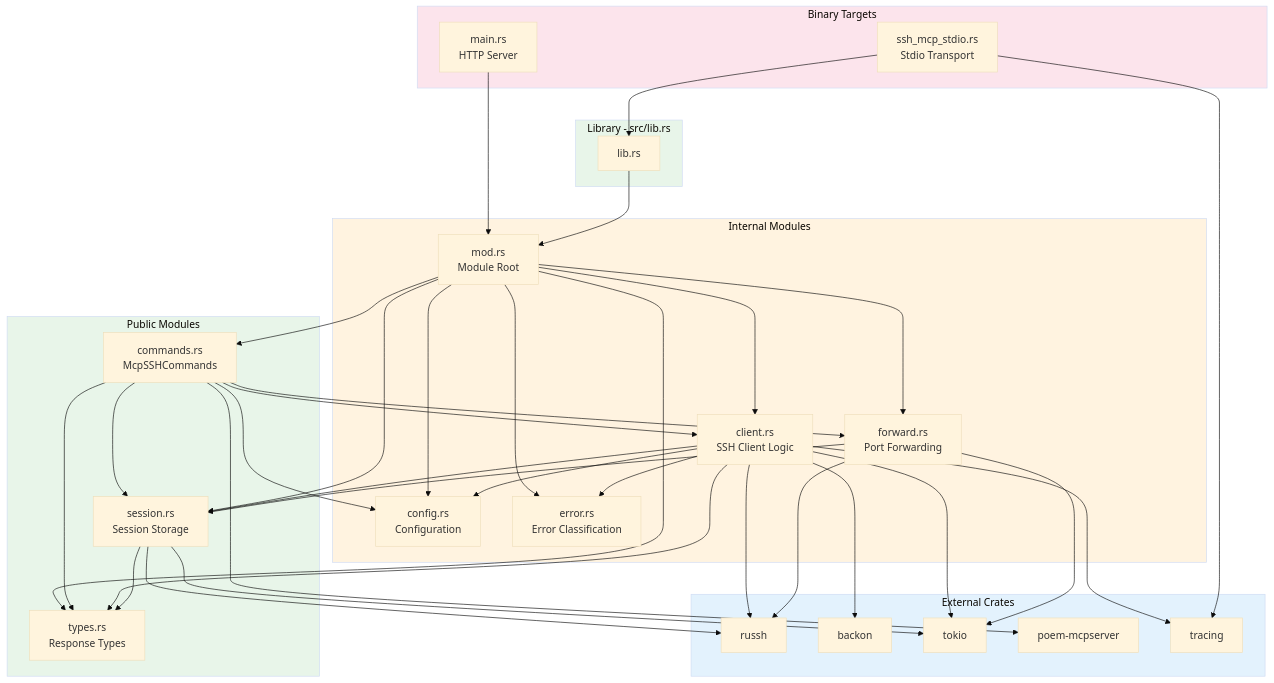
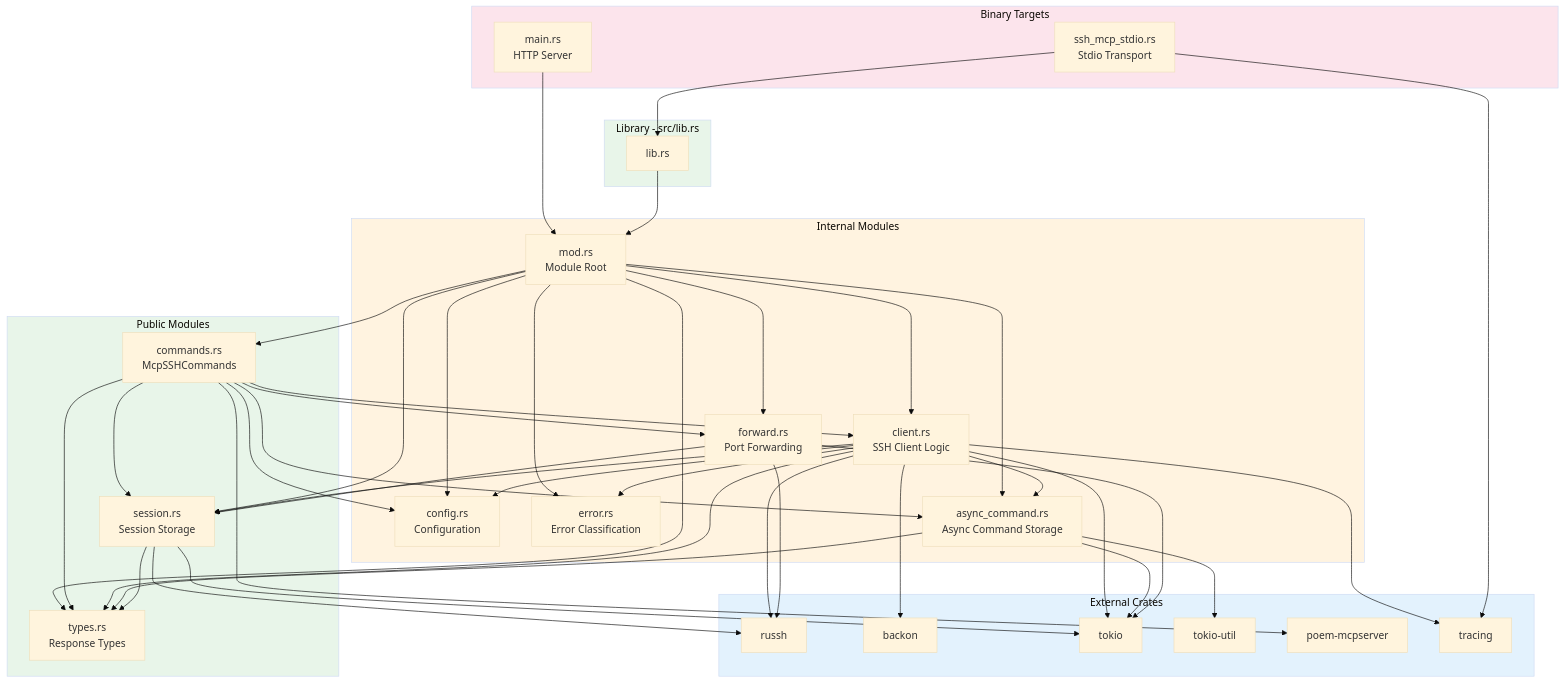
Before and after one commit to farchanjo/ssh-mcp: the second of 11 diagrams in docs/ARCHITECTURE.md, drawn with Mermaid (base theme). The commit also changed other lines of this file, not shown here.

First line of the commit message:
docs(architecture): add async_command.rs module documentation

```diff
--- a/docs/ARCHITECTURE.md
+++ b/docs/ARCHITECTURE.md
@@ -163,6 +180,7 @@
         config["config.rs<br/>Configuration"]
         error["error.rs<br/>Error Classification"]
         forward["forward.rs<br/>Port Forwarding"]
+        async_cmd["async_command.rs<br/>Async Command Storage"]
         modrs["mod.rs<br/>Module Root"]
     end
 
@@ -170,6 +188,7 @@
         russh["russh"]
         backon["backon"]
         tokio["tokio"]
+        tokio_util["tokio-util"]
         poem_mcp["poem-mcpserver"]
         tracing["tracing"]
     end
@@ -185,22 +204,29 @@
     modrs --> config
     modrs --> error
     modrs --> forward
+    modrs --> async_cmd
 
     commands --> client
     commands --> config
     commands --> session
     commands --> types
     commands --> forward
+    commands --> async_cmd
     commands --> poem_mcp
 
     client --> config
     client --> error
     client --> session
     client --> types
+    client --> async_cmd
     client --> russh
     client --> backon
     client --> tokio
     client --> tracing
+
+    async_cmd --> types
+    async_cmd --> tokio
+    async_cmd --> tokio_util
 
     forward --> session
     forward --> russh
```
